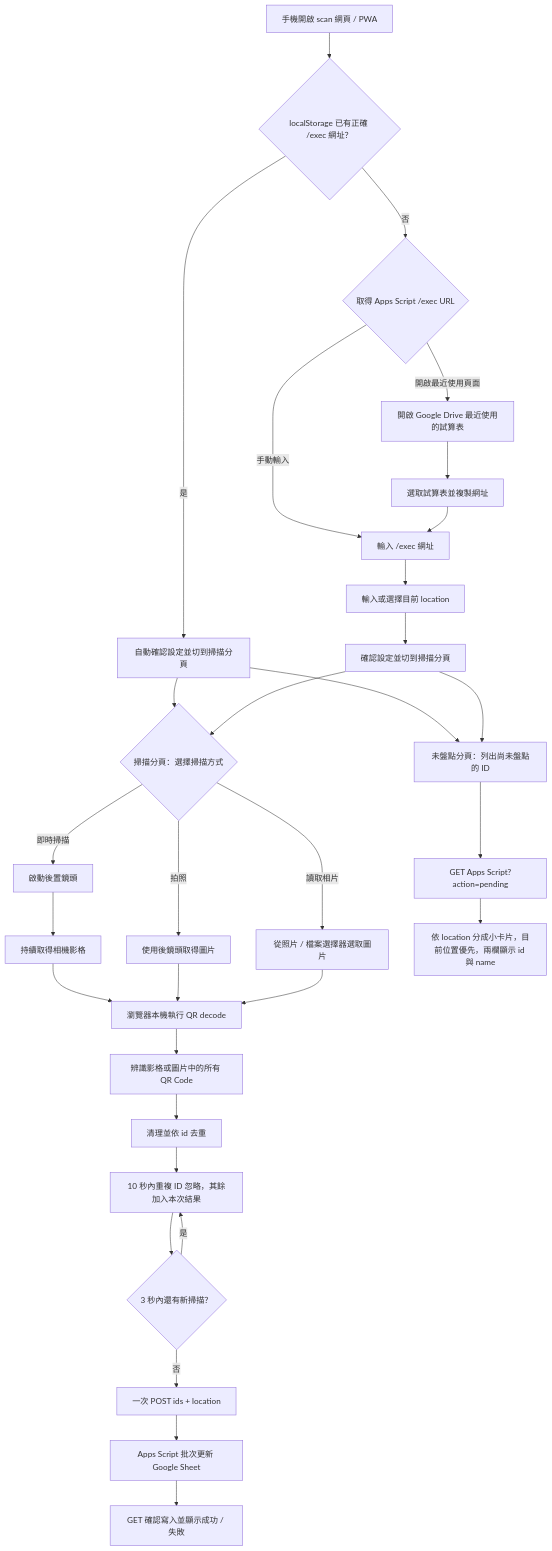
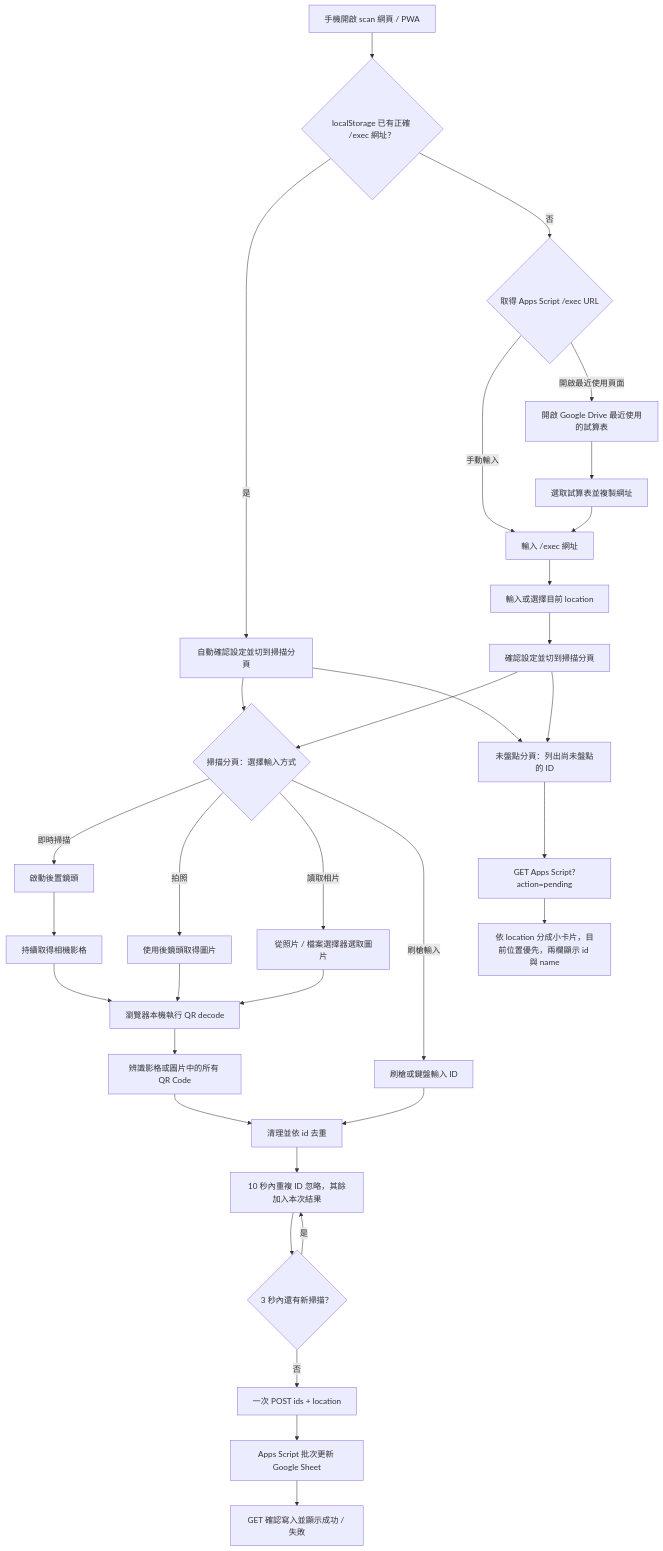
Before and after one commit to pulipulichen/Mobile-Inventory-Scanner: the diagram in scan/README.md, drawn with Mermaid. The commit also changed other lines of this file and 13 other files, not shown here.

````diff
--- a/scan/README.md
+++ b/scan/README.md
@@ -60,33 +60,35 @@
 ```mermaid
 flowchart TD
     A["手機開啟 scan 網頁 / PWA"] --> B{"localStorage 已有正確 /exec 網址？"}
     B -->|"是"| C["自動確認設定並切到掃描分頁"]
     B -->|"否"| D{"取得 Apps Script /exec URL"}
     D -->|"手動輸入"| E["輸入 /exec 網址"]
     D -->|"開啟最近使用頁面"| F["開啟 Google Drive 最近使用的試算表"]
     F --> G["選取試算表並複製網址"]
     G --> E
     E --> H["輸入或選擇目前 location"]
     H --> I["確認設定並切到掃描分頁"]
-    C --> J{"掃描分頁：選擇掃描方式"}
+    C --> J{"掃描分頁：選擇輸入方式"}
     I --> J
     J -->|"即時掃描"| K["啟動後置鏡頭"]
     K --> L["持續取得相機影格"]
     J -->|"拍照"| M["使用後鏡頭取得圖片"]
     J -->|"讀取相片"| N["從照片 / 檔案選擇器選取圖片"]
+    J -->|"刷槍輸入"| Z["刷槍或鍵盤輸入 ID"]
     L --> O["瀏覽器本機執行 QR decode"]
     M --> O
     N --> O
     O --> P["辨識影格或圖片中的所有 QR Code"]
     P --> Q["清理並依 id 去重"]
+    Z --> Q
     Q --> R["10 秒內重複 ID 忽略，其餘加入本次結果"]
     R --> S{"3 秒內還有新掃描？"}
     S -->|"是"| R
     S -->|"否"| T["一次 POST ids + location"]
     T --> U["Apps Script 批次更新 Google Sheet"]
     U --> V["GET 確認寫入並顯示成功 / 失敗"]
     C --> W["未盤點分頁：列出尚未盤點的 ID"]
     I --> W
     W --> X["GET Apps Script?action=pending"]
     X --> Y["依 location 分成小卡片，目前位置優先，兩欄顯示 id 與 name"]
 ```
````
